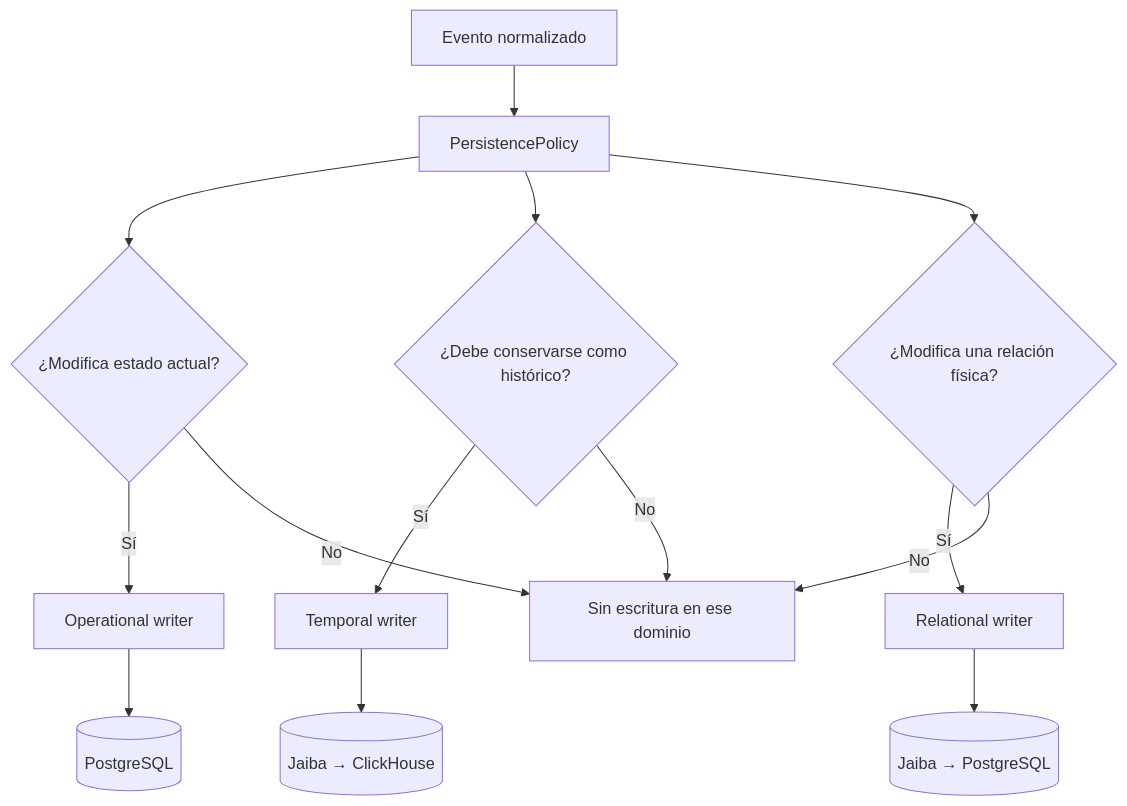
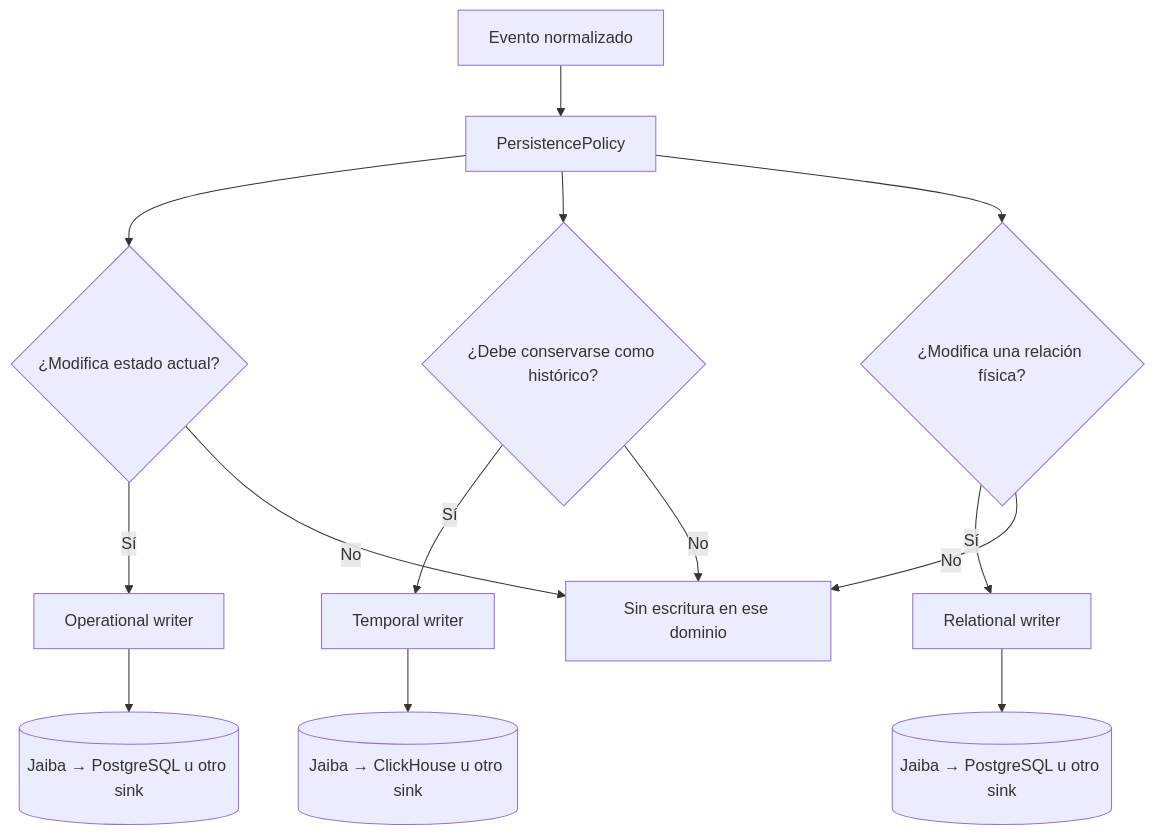
Before and after one commit to dfr2098/broder: the sixth of 9 diagrams in core/rs/ARCHITECTURE.md, drawn with Mermaid. The commit also changed other lines of this file and 17 other files, not shown here.

First line of the commit message:
Reconcile Broder docs with Jaiba/DMA_JAIVA architecture brief.

````diff
--- a/core/rs/ARCHITECTURE.md
+++ b/core/rs/ARCHITECTURE.md
@@ -289,19 +293,19 @@
 ```mermaid
 flowchart TD
     EVENT[Evento normalizado] --> POLICY[PersistencePolicy]
     POLICY --> OP{¿Modifica estado actual?}
     POLICY --> HIS{¿Debe conservarse como histórico?}
     POLICY --> GRA{¿Modifica una relación física?}
 
     OP -->|Sí| OPW[Operational writer]
     HIS -->|Sí| HISW[Temporal writer]
     GRA -->|Sí| GRAW[Relational writer]
 
-    OPW --> PG[(PostgreSQL)]
-    HISW --> TS[(Jaiba → ClickHouse)]
-    GRAW --> GRAPH[(Jaiba → PostgreSQL)]
+    OPW --> PG[(Jaiba → PostgreSQL u otro sink)]
+    HISW --> TS[(Jaiba → ClickHouse u otro sink)]
+    GRAW --> GRAPH[(Jaiba → PostgreSQL u otro sink)]
 
     OP -->|No| END[Sin escritura en ese dominio]
     HIS -->|No| END
     GRA -->|No| END
 ```
````
